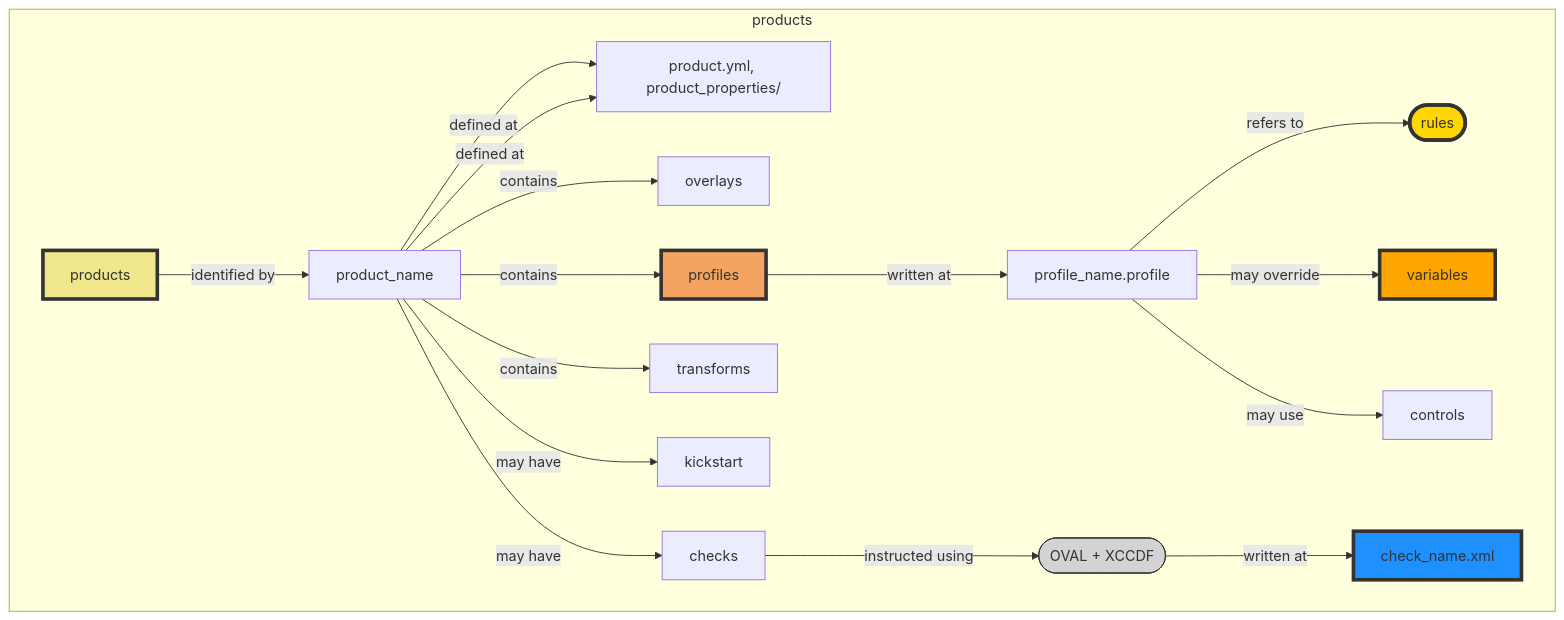
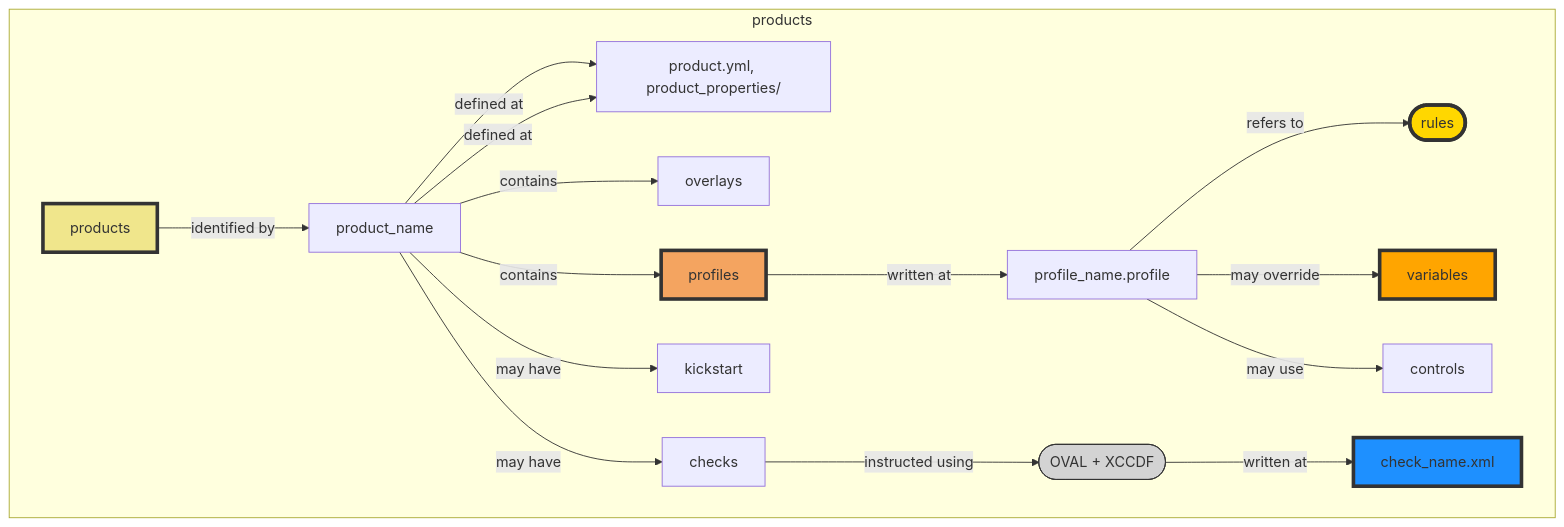
One commit to ComplianceAsCode/content changed the diagram in docs/flowcharts/flowchart_products.md. Above: the diagram before and after it, drawn with Mermaid. The commit also changed 5 other files, not shown here.

```diff
--- a/docs/flowcharts/flowchart_products.md
+++ b/docs/flowcharts/flowchart_products.md
@@ -9,25 +9,24 @@
 <div class="mermaid" style="width=100%;">
 flowchart TD
     subgraph products
     60[products] --> |identified by| 61[product_name]
         61[product_name] --> |defined at| 62[product.yml]
         61[product_properties] --> |defined at| 62[product.yml, product_properties/]
         61[product_name] --> |contains| 63[overlays]
         61[product_name] --> |contains| 64[profiles]
             64[profiles] --> |written at| 65[profile_name.profile]
                 65[profile_name.profile] --> |refers to| 66([rules])
                 65[profile_name.profile] --> |may override| 67[variables]
                 65[profile_name.profile] --> |may use| 68[controls]
-        61[product_name] --> |contains| 69[transforms]
         61[product_name] --> |may have| 70[kickstart]
         61[product_name] --> |may have| 71[checks]
             71[checks] --> |instructed using| 72([OVAL + XCCDF])
                 72([OVAL + XCCDF]) --> |written at| 73[check_name.xml]
     end
     style 60 fill: #F0E68C,stroke:#333,stroke-width:4px
     style 64 fill: #F4A460,stroke:#333,stroke-width:4px
     style 66 fill: #FFD700,stroke:#333,stroke-width:4px
     style 67 fill: #FFA500,stroke:#333,stroke-width:4px
     style 72 fill: #D3D3D3,stroke:#333
     style 73 fill: #1E90FF,stroke:#333,stroke-width:4px
 </div>
```
